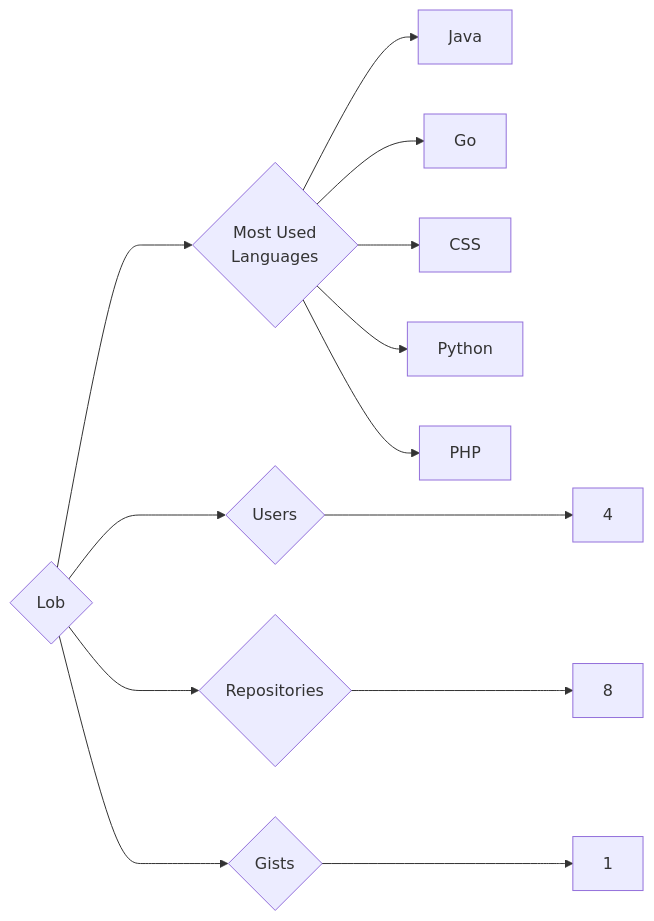
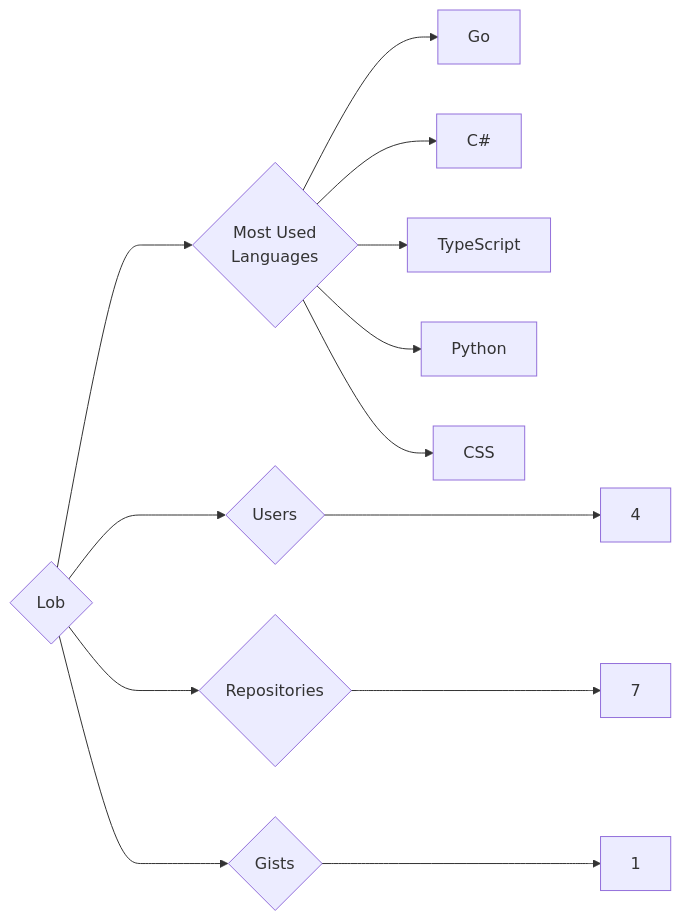
The diagram in targets/Lob/README.md (trickest/insiders), drawn with Mermaid before and after one commit. The commit also changed 934 other files, not shown here.

````diff
--- a/targets/Lob/README.md
+++ b/targets/Lob/README.md
@@ -3,13 +3,13 @@
 ```mermaid
 graph LR
 COMPANY_NAME{Lob}
 COMPANY_NAME ---> U{Users} ---> UN[4]
-COMPANY_NAME ---> R{Repositories} ---> RN[8]
+COMPANY_NAME ---> R{Repositories} ---> RN[7]
 COMPANY_NAME ---> G{Gists} ---> GN[1]
 COMPANY_NAME ---> ML{Most Used<br>Languages}
-ML --> Java[Java]
 ML --> Go[Go]
+ML --> C#[C#]
+ML --> TypeScript[TypeScript]
+ML --> Python[Python]
 ML --> CSS[CSS]
-ML --> Python[Python]
-ML --> PHP[PHP]
 ```
````
